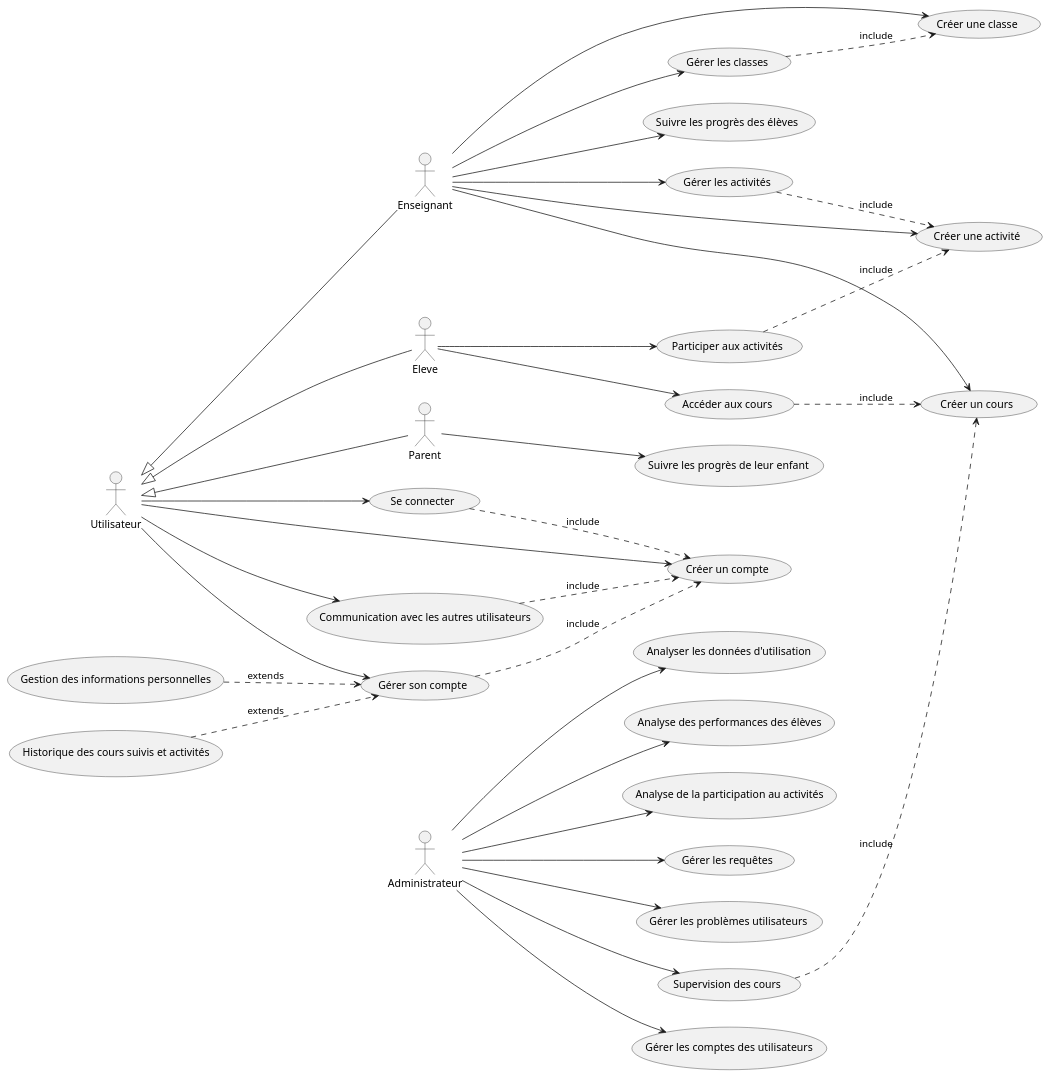
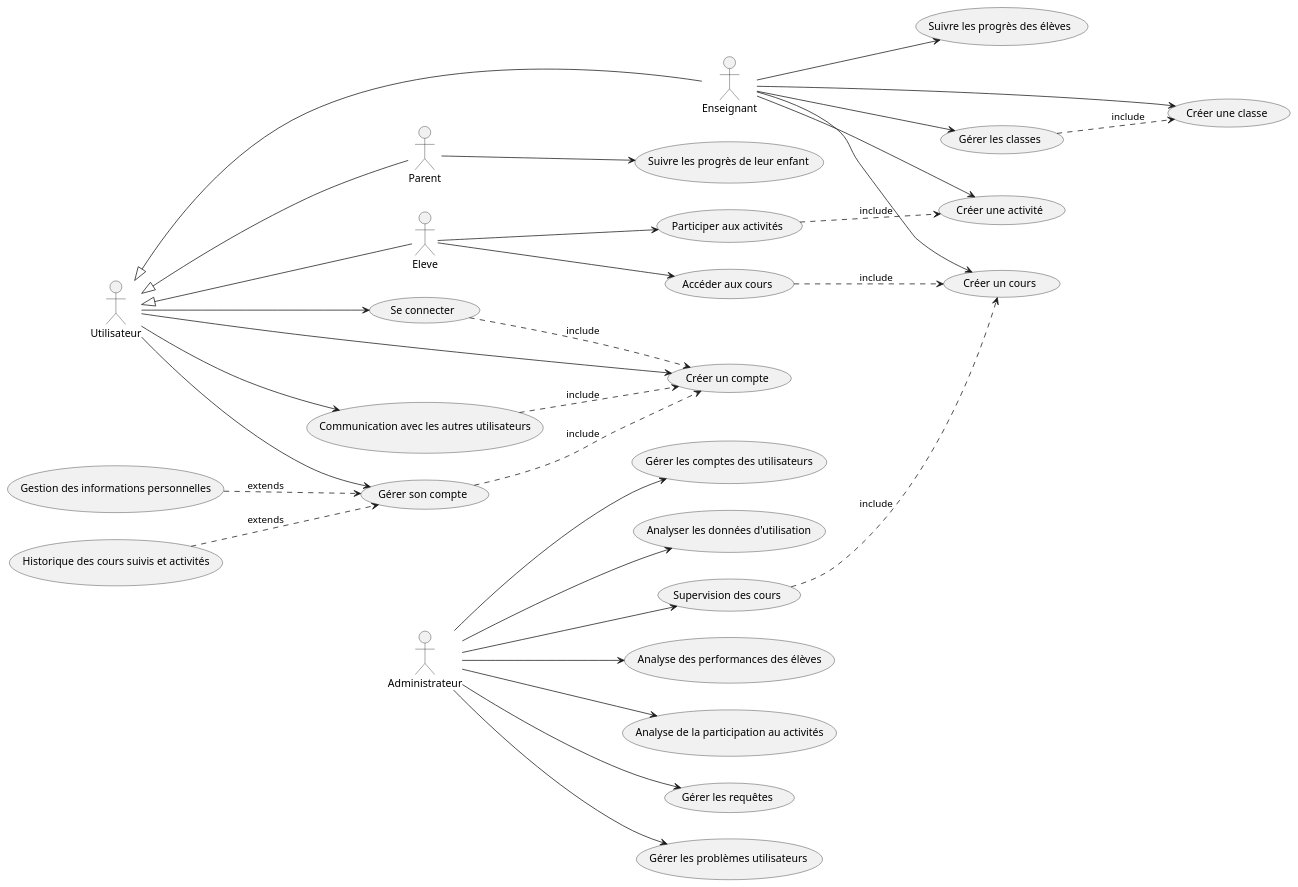
One commit to AurelienDillies/Primeo changed the diagram in Conception/use_case/use_case.puml. Above: the diagram before and after it, drawn with PlantUML.

Commit message:
Modification use case

```diff
--- a/Conception/use_case/use_case.puml
+++ b/Conception/use_case/use_case.puml
@@ -1,50 +1,48 @@
 @startuml Digiforma
 left to right direction
 
 actor :Enseignant:
 actor :Eleve:
 actor :Parent:
 actor :Administrateur:
 actor :Utilisateur:
 
 :Utilisateur: <|-- :Enseignant:
 :Utilisateur: <|-- :Eleve:
 :Utilisateur: <|-- :Parent:
 
 :Utilisateur: --> (Créer un compte)
 :Utilisateur: --> (Se connecter)
 :Utilisateur: --> (Gérer son compte)
 :Utilisateur: --> (Communication avec les autres utilisateurs)
 
 :Enseignant: --> (Créer une classe)
 :Enseignant: --> (Gérer les classes)
 :Enseignant: --> (Créer un cours)
 :Enseignant: --> (Créer une activité)
-:Enseignant: --> (Gérer les activités)
 :Enseignant: --> (Suivre les progrès des élèves)
 
 :Eleve: --> (Accéder aux cours)
 :Eleve: --> (Participer aux activités)
 
 :Parent: --> (Suivre les progrès de leur enfant)
 
 :Administrateur: --> (Gérer les comptes des utilisateurs)
 :Administrateur: --> (Supervision des cours)
 :Administrateur: --> (Analyser les données d'utilisation)
 :Administrateur: --> (Analyse des performances des élèves)
 :Administrateur: --> (Analyse de la participation au activités)
 :Administrateur: --> (Gérer les requêtes)
 :Administrateur: --> (Gérer les problèmes utilisateurs)
 
 (Se connecter) ..> (Créer un compte) :include
 (Gérer son compte) ..> (Créer un compte) :include
 (Communication avec les autres utilisateurs) ..> (Créer un compte) :include
 (Gestion des informations personnelles) ..> (Gérer son compte) :extends
 (Historique des cours suivis et activités) ..> (Gérer son compte) :extends
 (Gérer les classes) ..> (Créer une classe) :include
-(Gérer les activités) ..> (Créer une activité) :include
 (Accéder aux cours) ..> (Créer un cours) :include
 (Participer aux activités) ..> (Créer une activité) :include
 (Supervision des cours) ..> (Créer un cours) :include
 
 @enduml
```
